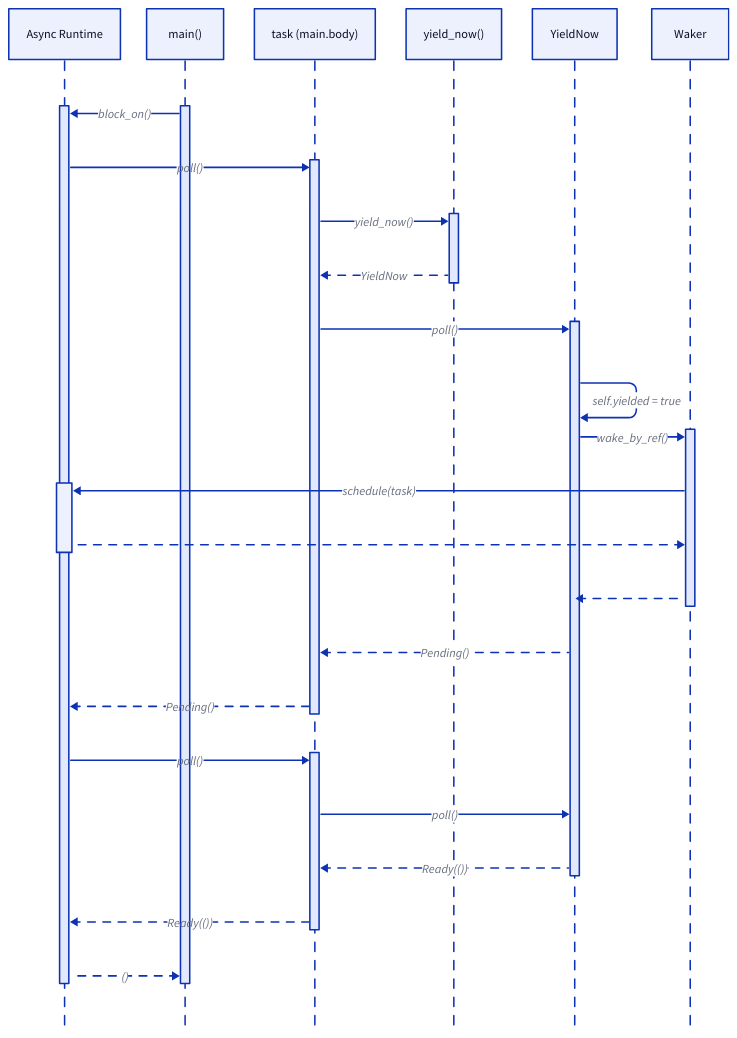
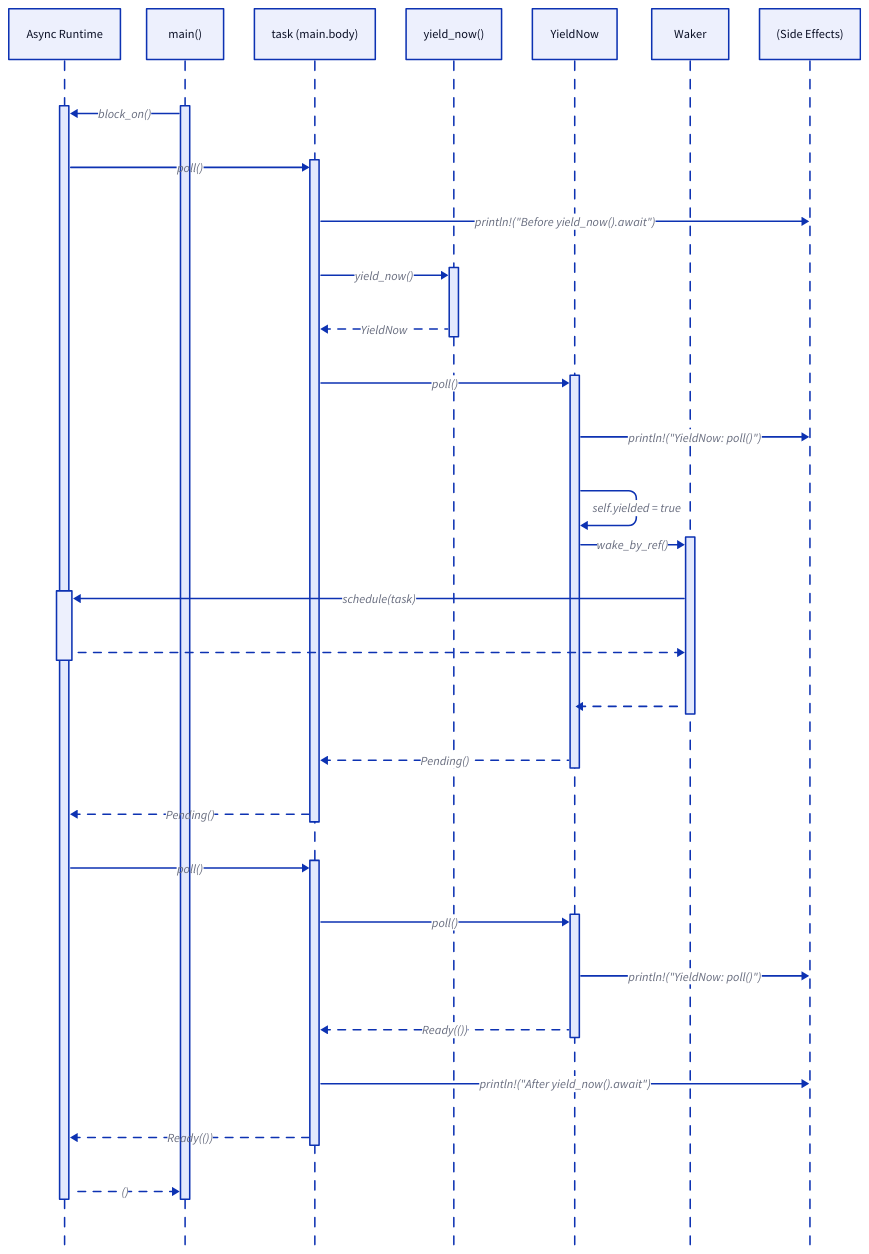
One commit to hds/hegdenu.net changed the diagram in resources/understanding-async-await/diagrams/yield_now-sequence_diagram.d2. Above: the diagram before and after it, drawn with D2. The commit also changed 11 other files, not shown here.

```diff
--- a/resources/understanding-async-await/diagrams/yield_now-sequence_diagram.d2
+++ b/resources/understanding-async-await/diagrams/yield_now-sequence_diagram.d2
@@ -1,45 +1,52 @@
 shape: sequence_diagram
 
 runtime: Async Runtime
 main: main()
 main_task: task (main.body)
 fn_yield_now: yield_now()
 yield_now: YieldNow
 waker: Waker
+sa: (Side Effects)
 
 main.fn -> runtime.block: block_on()
 runtime.block -> main_task.poll1: poll()
+
+main_task.poll1 -> sa: println!("Before yield_now().await")
 
 main_task.poll1 -> fn_yield_now.fn: yield_now()
 main_task.poll1 <- fn_yield_now.fn: YieldNow {
   style.stroke-dash: 5
 }
 
-main_task.poll1 -> yield_now.future: poll()
-yield_now.future -> yield_now.future: self.yielded = true
-yield_now.future -> waker.fn: wake_by_ref()
+main_task.poll1 -> yield_now.poll1: poll()
+yield_now.poll1 -> sa: println!("YieldNow: poll()")
+yield_now.poll1 -> yield_now.poll1: self.yielded = true
+yield_now.poll1 -> waker.fn: wake_by_ref()
 waker.fn -> runtime.block.schedule: schedule(task)
 waker.fn <- runtime.block.schedule: {
   style.stroke-dash: 5
 }
 yield_now <- waker.fn: {
   style.stroke-dash: 5
 }
-main_task.poll1 <- yield_now.future: Pending() {
+main_task.poll1 <- yield_now.poll1: Pending() {
   style.stroke-dash: 5
 }
 runtime.block <- main_task.poll1: Pending() {
   style.stroke-dash: 5
 }
 
 runtime.block -> main_task.poll2: poll()
-main_task.poll2 -> yield_now.future: poll()
-main_task.poll2 <- yield_now.future: Ready(()) {
+main_task.poll2 -> yield_now.poll2: poll()
+yield_now.poll2 -> sa: println!("YieldNow: poll()")
+main_task.poll2 <- yield_now.poll2: Ready(()) {
   style.stroke-dash: 5
 }
+main_task.poll2 -> sa: println!("After yield_now().await")
+
 runtime.block <- main_task.poll2: Ready(()) {
   style.stroke-dash: 5
 }
 main.fn <- runtime.block: () {
   style.stroke-dash: 5
 }
```
